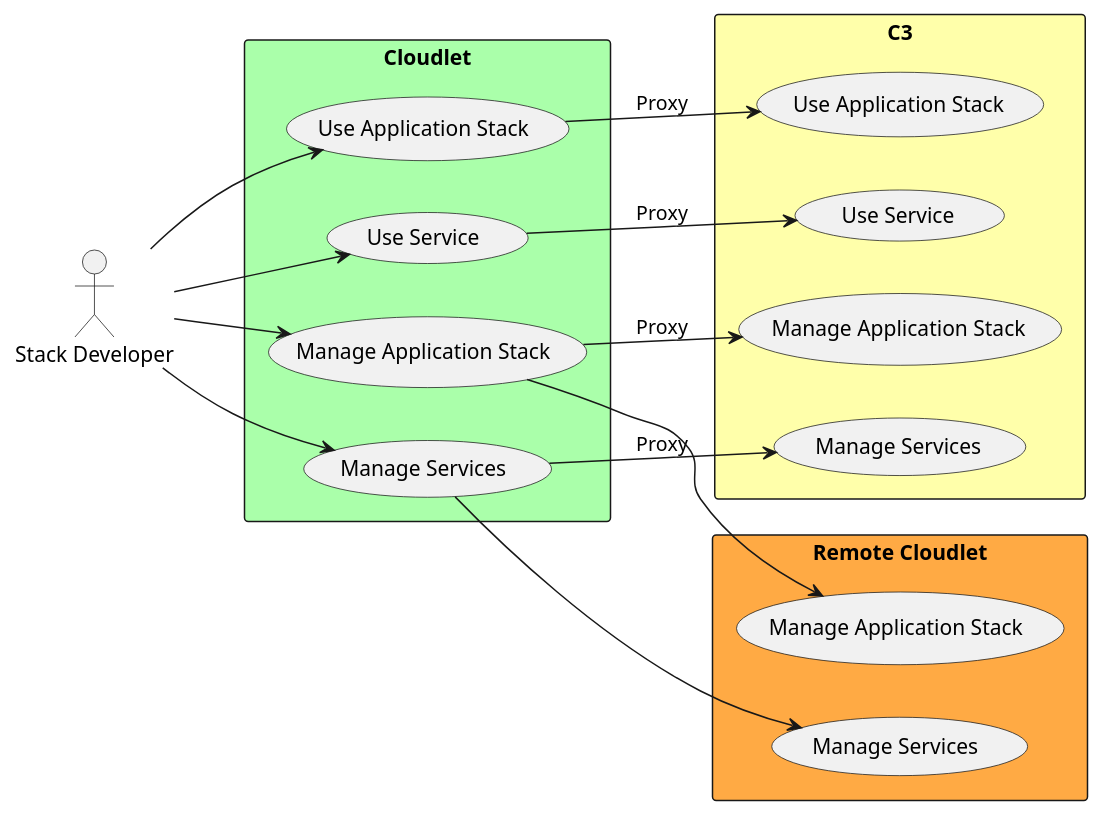
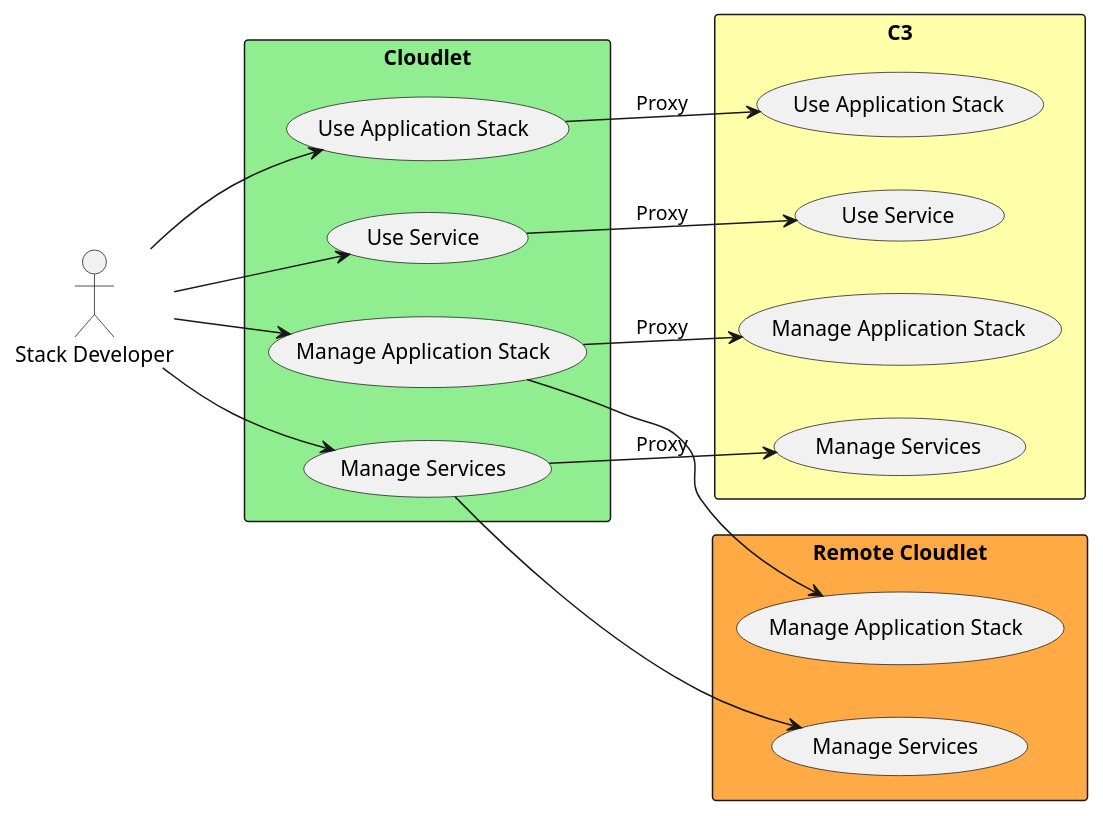
One commit to CAADE/CloudLet changed the diagram in docs/Actors/Stack-Developer/UseCases.puml. Above: the diagram before and after it, drawn with PlantUML. The commit also changed 74 other files, not shown here.

```diff
--- a/docs/Actors/Stack-Developer/UseCases.puml
+++ b/docs/Actors/Stack-Developer/UseCases.puml
@@ -1,25 +1,25 @@
 @startuml
 left to right direction
 
 :Stack Developer: as Admin
 
 
-rectangle "Cloudlet" #aaffaa {
+rectangle "Cloudlet" #lightgreen {
   Admin --> (Manage Application Stack)
   Admin --> (Use Application Stack)
   Admin --> (Manage Services)
   Admin --> (Use Service)
 }
 
 rectangle "C3" #ffffaa {
   (Manage Application Stack) --> ( Manage Application Stack) : Proxy
   (Use Application Stack) --> ( Use Application Stack) : Proxy
   (Manage Services) --> ( Manage Services) : Proxy
   (Use Service) --> ( Use Service) : Proxy
 }
 
 rectangle "Remote Cloudlet" #ffaa44 {
 (Manage Application Stack) --> ( Manage Application Stack )
   (Manage Services) --> ( Manage Services )
 }
 @enduml
```
